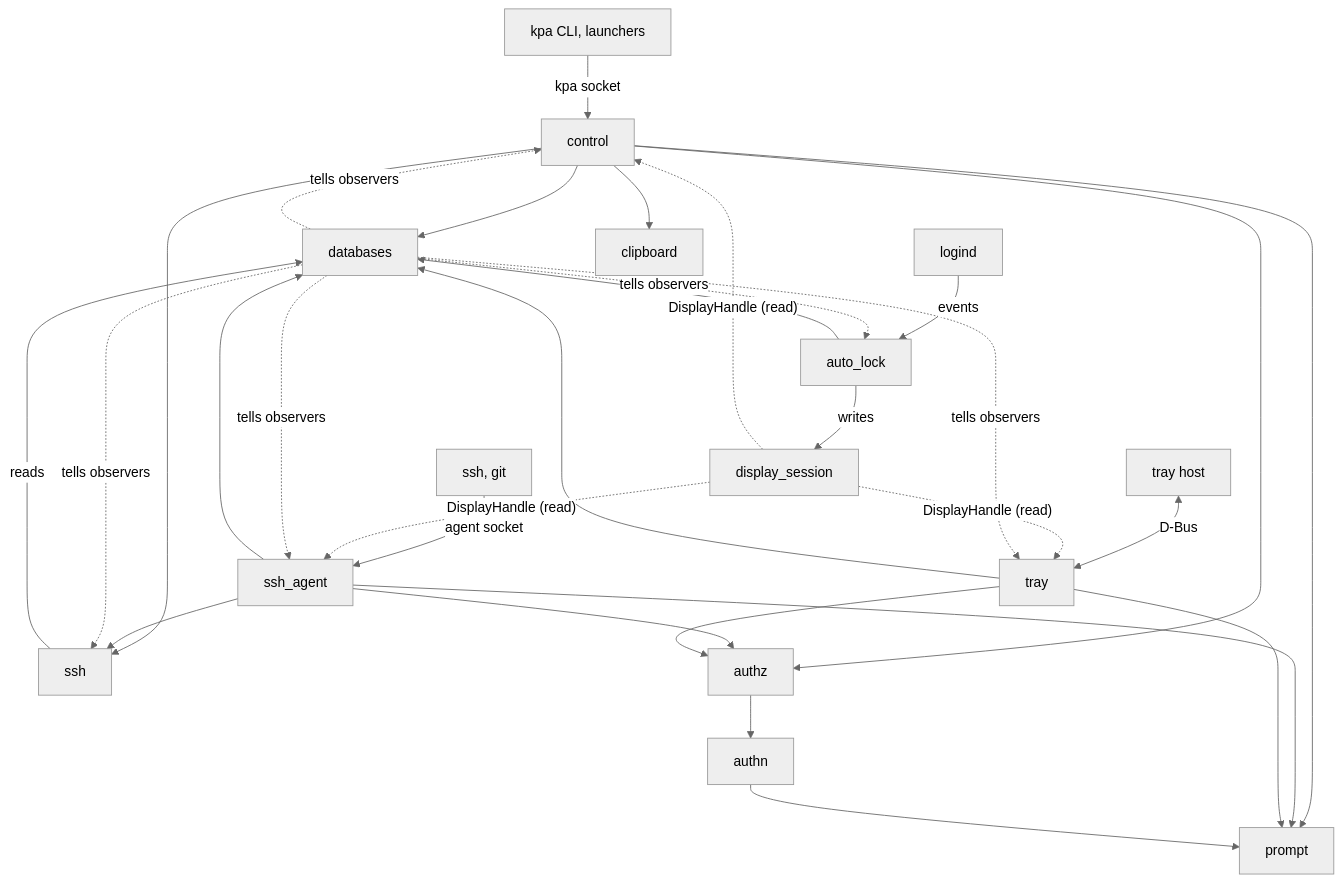
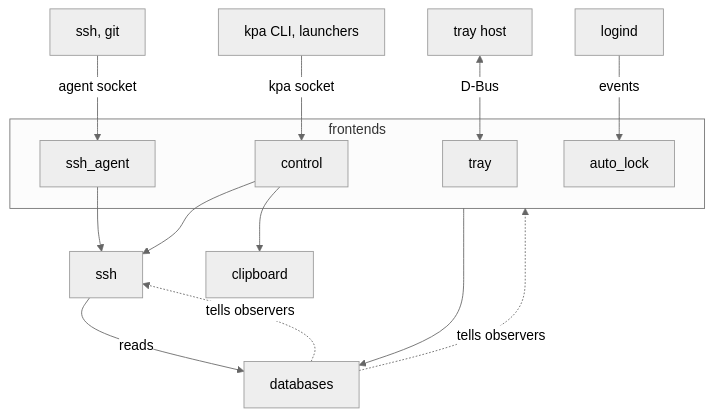
The diagram in docs/design.md (n6g7/kpa), drawn with Mermaid (neutral theme) before and after one commit. The commit also changed other lines of this file, not shown here.

````diff
--- a/docs/design.md
+++ b/docs/design.md
@@ -70,32 +70,20 @@
 ```mermaid
 graph TD
     cli["kpa CLI, launchers"] -->|"kpa socket"| control
     client["ssh, git"] -->|"agent socket"| ssh_agent
     bus["tray host"] <-->|"D-Bus"| tray
     logind["logind"] -->|"events"| auto_lock
-    auto_lock -->|"writes"| display_session
-    display_session -.->|"DisplayHandle (read)"| control
-    display_session -.->|"DisplayHandle (read)"| ssh_agent
-    display_session -.->|"DisplayHandle (read)"| tray
-    control --> databases
-    ssh_agent --> databases
-    tray --> databases
-    auto_lock --> databases
+    subgraph frontends
+        control
+        ssh_agent
+        tray
+        auto_lock
+    end
+    frontends --> databases
+    databases -. "tells observers" .-> frontends
     control --> ssh
     ssh_agent --> ssh
     ssh -->|"reads"| databases
+    databases -. "tells observers" .-> ssh
     control --> clipboard
-    control --> prompt
-    ssh_agent --> prompt
-    tray --> prompt
-    control --> authz
-    ssh_agent --> authz
-    tray --> authz
-    authz --> authn
-    authn --> prompt
-    databases -. "tells observers" .-> control
-    databases -. "tells observers" .-> ssh_agent
-    databases -. "tells observers" .-> ssh
-    databases -. "tells observers" .-> tray
-    databases -. "tells observers" .-> auto_lock
 ```
````
